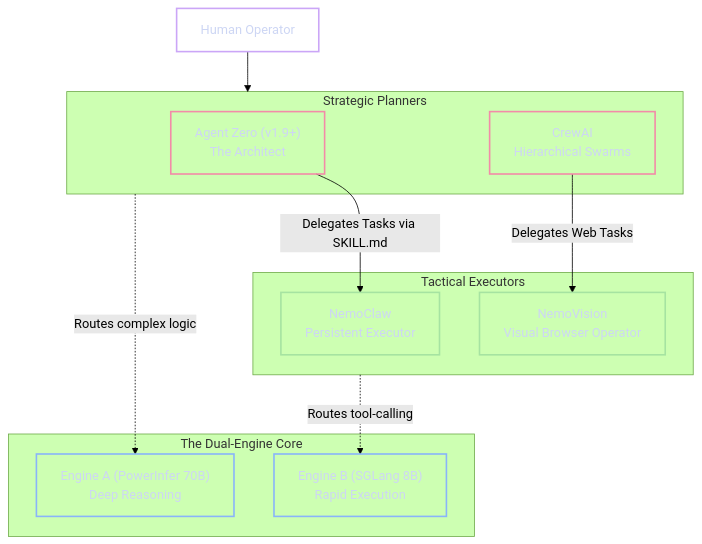
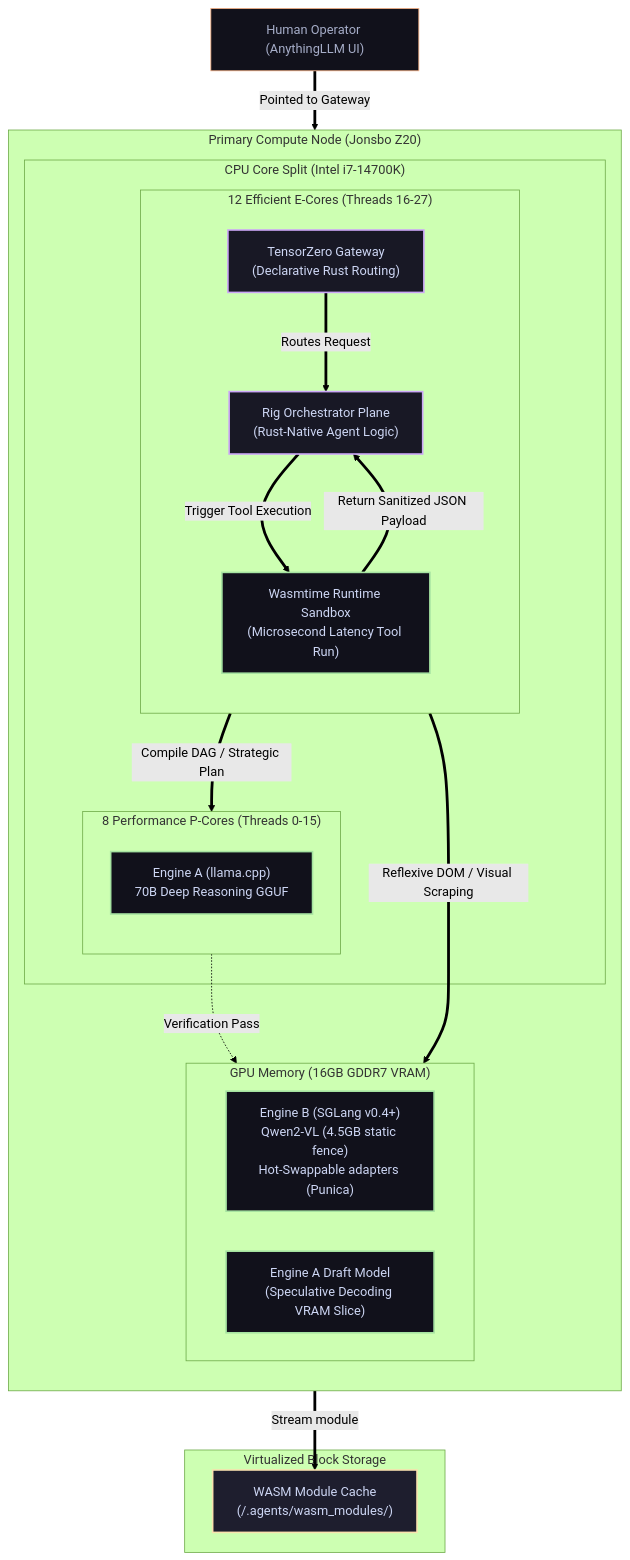
Before and after one commit to foersben/janus-synapse-edge: the diagram in docs/08. Agent Workflows & UI Layer.md, drawn with Mermaid (forest theme). The commit also changed other lines of this file and 12 other files, not shown here.

````diff
--- a/docs/08. Agent Workflows & UI Layer.md
+++ b/docs/08. Agent Workflows & UI Layer.md
@@ -24,32 +22,53 @@
 ```mermaid
 flowchart TD
-    %% Agent Ecosystem Topology
-    classDef human fill:transparent,stroke:#cba6f7,stroke-width:2px,color:#cdd6f4
-    classDef supervisor fill:transparent,stroke:#f38ba8,stroke-width:2px,color:#cdd6f4
-    classDef worker fill:transparent,stroke:#a6e3a1,stroke-width:2px,color:#cdd6f4
-    classDef engine fill:transparent,stroke:#89b4fa,stroke-width:2px,color:#cdd6f4
+    %% Styling Definitions
+    classDef hardware fill:#181825,stroke:#89b4fa,stroke-width:2px,color:#cdd6f4
+    classDef virtual fill:#11111b,stroke:#a6e3a1,stroke-width:2px,color:#cdd6f4
+    classDef runtime fill:#181825,stroke:#cba6f7,stroke-width:2px,color:#cdd6f4
+    classDef memory fill:#1e1e2e,stroke:#f9e2af,stroke-width:2px,color:#cdd6f4
+    classDef switch fill:#11111b,stroke:#fab387,stroke-width:1px,color:#a6adc8
 
-    User["Human Operator"]:::human
+    User["Human Operator (AnythingLLM UI)"]:::switch
 
-    subgraph The_Supervisors["Strategic Planners"]
-        AgentZero["Agent Zero (v1.9+)<br/>The Architect"]:::supervisor
-        CrewAI["CrewAI<br/>Hierarchical Swarms"]:::supervisor
+    subgraph ComputeNode["Primary Compute Node (Jonsbo Z20)"]
+        direction TB
+
+        subgraph CoreAllocation["CPU Core Split (Intel i7-14700K)"]
+            subgraph E_Cores["12 Efficient E-Cores (Threads 16-27)"]
+                direction TB
+                TZGateway["TensorZero Gateway<br/>(Declarative Rust Routing)"]:::runtime
+                RigEngine["Rig Orchestrator Plane<br/>(Rust-Native Agent Logic)"]:::runtime
+                Wasmtime["Wasmtime Runtime Sandbox<br/>(Microsecond Latency Tool Run)"]:::virtual
+            end
+
+            subgraph P_Cores["8 Performance P-Cores (Threads 0-15)"]
+                direction TB
+                EngineA["Engine A (llama.cpp)<br/>70B Deep Reasoning GGUF"]:::virtual
+            end
+        end
+
+        subgraph BlackwellVRAM["GPU Memory (16GB GDDR7 VRAM)"]
+            direction LR
+            EngineB["Engine B (SGLang v0.4+)<br/>Qwen2-VL (4.5GB static fence)<br/>Hot-Swappable adapters (Punica)"]:::virtual
+            EngineA_VRAM["Engine A Draft Model<br/>(Speculative Decoding VRAM Slice)"]:::virtual
+        end
     end
 
-    subgraph The_Executors["Tactical Executors"]
-        NemoClaw["NemoClaw<br/>Persistent Executor"]:::worker
-        NemoVision["NemoVision<br/>Visual Browser Operator"]:::worker
+    subgraph LocalDisk["Virtualized Block Storage"]
+        WASM_Dir["WASM Module Cache<br/>(/.agents/wasm_modules/)"]:::memory
     end
 
-    subgraph Inference_Engines["The Dual-Engine Core"]
-        EngineA["Engine A (PowerInfer 70B)<br/>Deep Reasoning"]:::engine
-        EngineB["Engine B (SGLang 8B)<br/>Rapid Execution"]:::engine
-    end
+    %% Interactions and logic flow
+    User ==>|"Pointed to Gateway"| TZGateway
+    TZGateway ==>|"Routes Request"| RigEngine
 
-    User --> The_Supervisors
-    AgentZero -- "Delegates Tasks via SKILL.md" --> NemoClaw
-    CrewAI -- "Delegates Web Tasks" --> NemoVision
+    RigEngine ==>|"Compile DAG / Strategic Plan"| EngineA
+    RigEngine ==>|"Reflexive DOM / Visual Scraping"| EngineB
+    RigEngine ==>|"Trigger Tool Execution"| Wasmtime
 
-    The_Supervisors -. "Routes complex logic" .-> EngineA
-    The_Executors -. "Routes tool-calling" .-> EngineB
+    Wasmtime ==>|"Stream module"| WASM_Dir
+    Wasmtime ==>|"Return Sanitized JSON Payload"| RigEngine
+
+    %% Speculative decoding CPU/GPU link
+    EngineA -. "Verification Pass" .-> EngineA_VRAM
 ```
````
